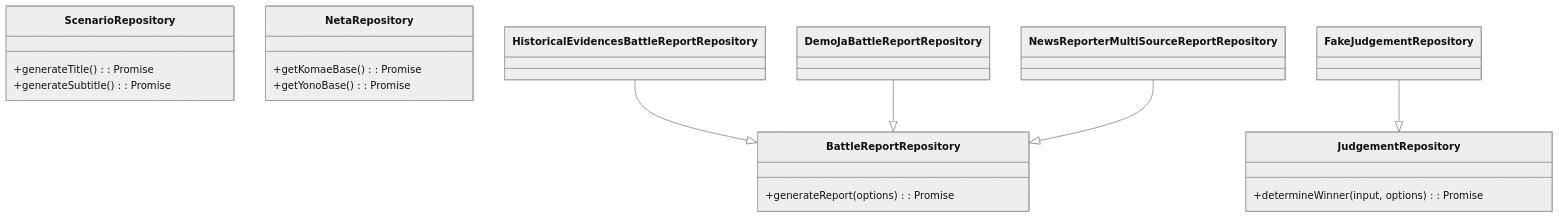
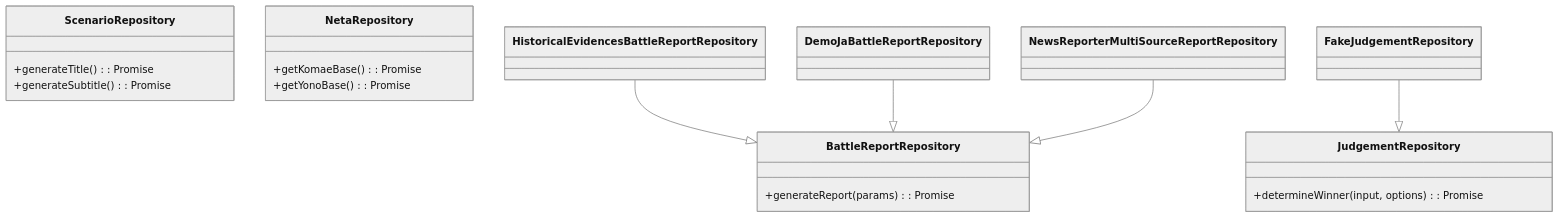
One commit to F88/yonokomae changed the third of 3 diagrams in docs/DEVELOPMENT_EN.md. Above: the diagram before and after it, drawn with Mermaid (neutral theme). The commit also changed other lines of this file and 1 other file, not shown here.

Commit message:
feat(docs): unify generateReport parameters in BattleReportRepository documentation

````diff
--- a/docs/DEVELOPMENT_EN.md
+++ b/docs/DEVELOPMENT_EN.md
@@ -71,22 +71,22 @@
 ```mermaid
 classDiagram
     class BattleReportRepository {
-        +generateReport(options): Promise<Battle>
+        +generateReport(params): Promise<Battle>
     }
     class JudgementRepository {
         +determineWinner(input, options): Promise<Verdict>
     }
     class ScenarioRepository {
         +generateTitle(): Promise<string>
         +generateSubtitle(): Promise<string>
     }
     class NetaRepository {
         +getKomaeBase(): Promise<Neta>
         +getYonoBase(): Promise<Neta>
     }
 
     HistoricalEvidencesBattleReportRepository --|> BattleReportRepository
     DemoJaBattleReportRepository --|> BattleReportRepository
     NewsReporterMultiSourceReportRepository --|> BattleReportRepository
     FakeJudgementRepository --|> JudgementRepository
 ```
````
